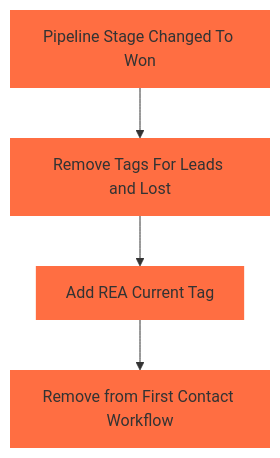
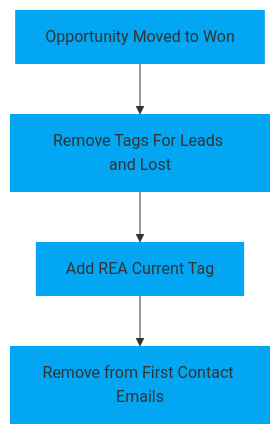
One commit to GHHS-Fahren/GHL-Docs changed the diagram in docs/automations/agents/lead-won.md. Above: the diagram before and after it, drawn with Mermaid. The commit also changed other lines of this file and 3 other files, not shown here.

Commit message:
added agents first contact page, made automation explanation template, & simplified lead-won

````diff
--- a/docs/automations/agents/lead-won.md
+++ b/docs/automations/agents/lead-won.md
@@ -15,13 +9,13 @@
 ```mermaid
 flowchart TD
-    A[Pipeline Stage Changed To Won]:::orange;
-    B[Remove Tags For Leads and Lost]:::orange;
-    C[Add REA Current Tag]:::orange;
-    D[Remove from First Contact Workflow]:::orange;
+    A[Opportunity Moved to Won]:::colour;
+    B[Remove Tags For Leads and Lost]:::colour;
+    C[Add REA Current Tag]:::colour;
+    D[Remove from First Contact Emails]:::colour;
 
     A --> B
     B --> C
     C --> D
 
-    classDef orange fill:#FF6E42,stroke-width:0px;
+    classDef colour fill:#02A6F2,stroke-width:0px;
 ```
````
